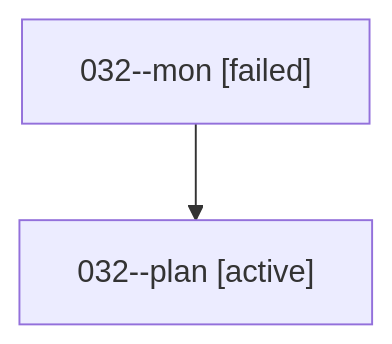
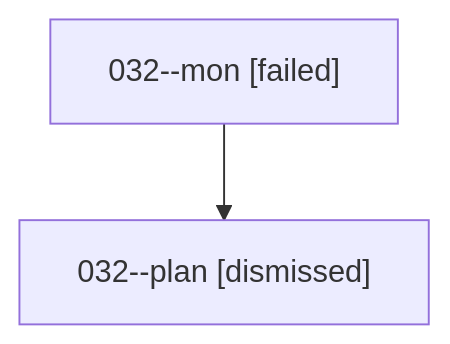
One commit to sase-org/sase--agents changed the diagram in sessions/bbugyi200.athena.032.md. Above: the diagram before and after it, drawn with Mermaid. The commit also changed other lines of this file and 30 other files, not shown here.

````diff
--- a/sessions/bbugyi200.athena.032.md
+++ b/sessions/bbugyi200.athena.032.md
@@ -9,6 +9,6 @@
 ```mermaid
 flowchart TD
   n0["032--mon [failed]"]
-  n1["032--plan [active]"]
+  n1["032--plan [dismissed]"]
   n0 --> n1
 ```
````
